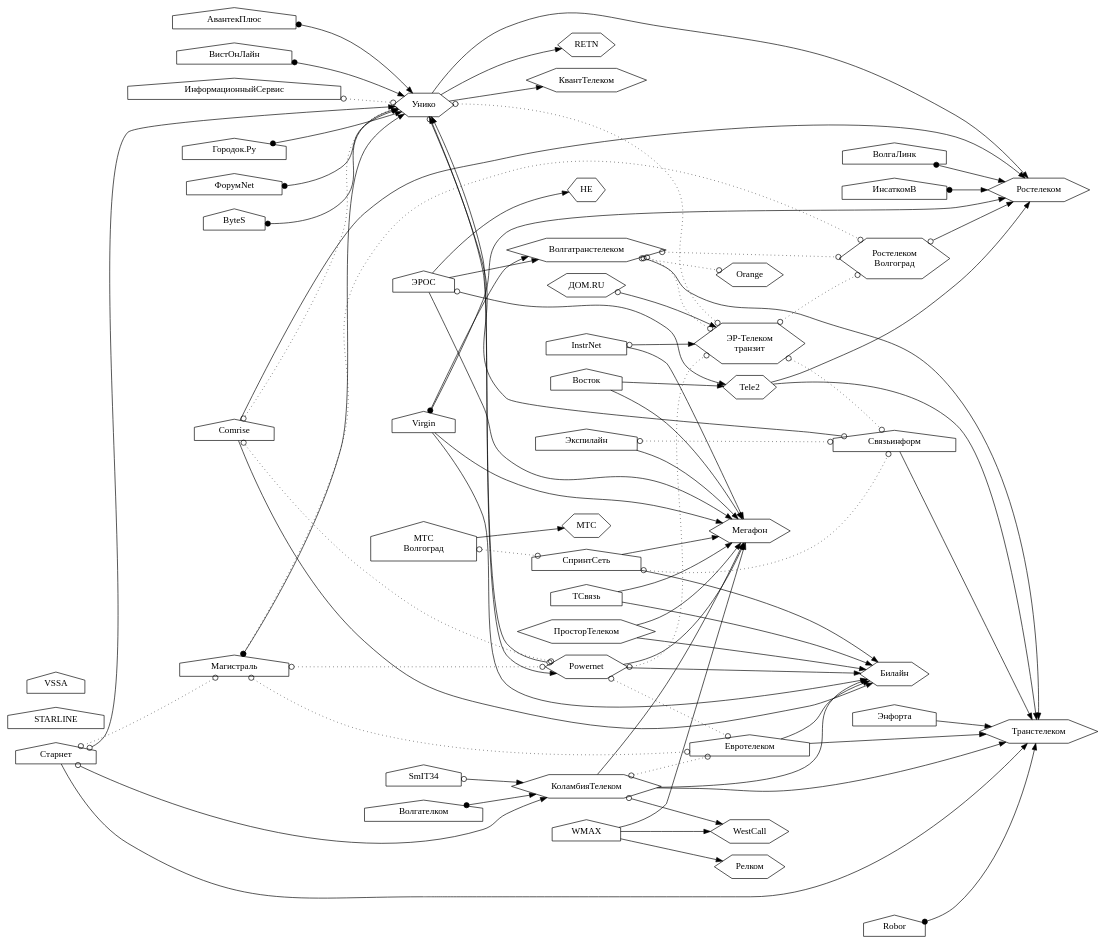
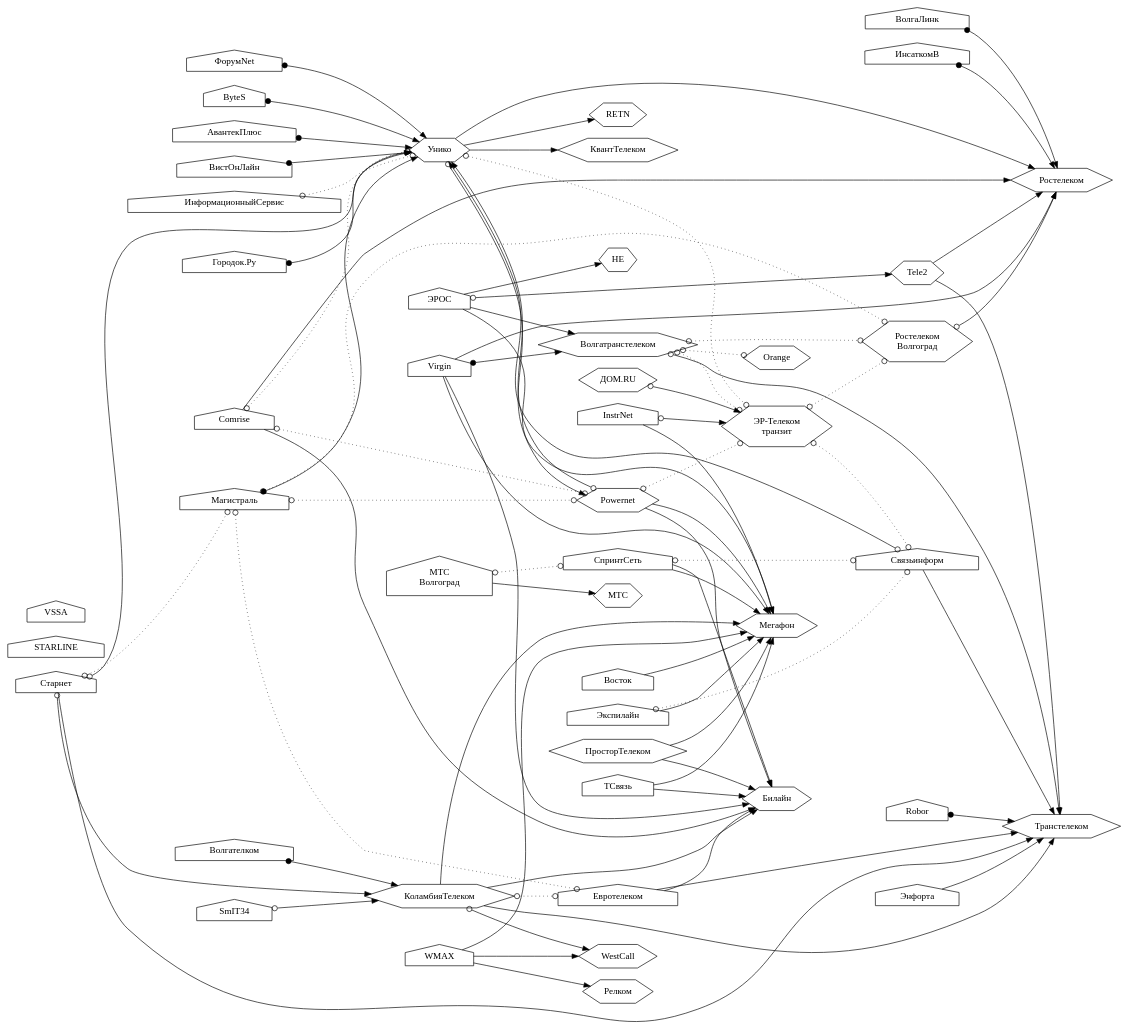
The diagram in docs/links/links.dot (Urlandi/elsv-v.ru), drawn with Graphviz before and after one commit. The commit also changed 3 other files, not shown here.

```diff
--- a/docs/links/links.dot
+++ b/docs/links/links.dot
@@ -1,189 +1,187 @@
 digraph ispgraph {
 
 rankdir = LR;
 node [shape=house;];
 
 Унико, ДомРу, ЭрТелеком, Транстелеком, Волгатранстелеком, Релком [shape=hexagon;];
 Мегафон, Вымпелком, КоламбияТелеком, Ростелеком, HE, КвантТелеком [shape=hexagon;];
 Tele2, МТС, ЮТК, Orange, ПросторТелеком, WestCall, Powernet, RETN [shape=hexagon;];
 
 ДомРу [label="ДОМ.RU"];
 ЭрТелеком [label="ЭР-Телеком\nтранзит"];
 МКС [label="МТС\nВолгоград"];
 ЮТК [label="Ростелеком\nВолгоград"];
 Вымпелком [label="Билайн"];
 ГородокТочкаРу [label="Городок.Ру"];
 
 subgraph backbone {/*Собственная опорная сеть*/
 Транстелеком;
 Мегафон;
 Вымпелком;
 Ростелеком;
 HE;
 МТС;
 Orange;
 ЭрТелеком;
 WestCall;
 };
 
 subgraph Ростелеком {/*Провайдеры члены Ростелеком*/
 Ростелеком;
 ЮТК;
 };
 
 subgraph ЭрТелекомХолдинг {/*ЭР-Телеком*/
 ДомРу;
 ЭрТелеком;
 };
 
 subgraph WestCall {/*Провайдеры члены WestCall*/
 WestCall;
 КоламбияТелеком;
 };
 
 {/*Отсутствует информация о подключении*/
 STARLINE;
 VSSA;
 };
 
 
 {/*Магистральные связи*/
 
 Связьинформ -> Транстелеком;
 
 Tele2 -> Ростелеком;
 Tele2 -> Транстелеком;
 
 СпринтСеть -> Вымпелком;
 СпринтСеть -> Мегафон;
 
 Старнет -> Транстелеком;
 
 Экспилайн -> Мегафон;
 
 ЭРОС -> Волгатранстелеком;
 ЭРОС -> HE;
 ЭРОС -> Мегафон;
 
 Comrise -> Ростелеком;
 Comrise -> Вымпелком;
 
 МКС -> МТС;
 
 Powernet -> Мегафон;
 Powernet -> Вымпелком;
 
 Евротелеком -> Транстелеком;
 Евротелеком -> Вымпелком;
 
 КоламбияТелеком -> Транстелеком;
 КоламбияТелеком -> Вымпелком;
 КоламбияТелеком -> Мегафон;
 
 Virgin -> Вымпелком;
 Virgin -> Мегафон;
 Virgin -> Ростелеком;
 
 Унико -> Ростелеком;
 Унико -> RETN;
 Унико -> КвантТелеком;
 
 Энфорта -> Транстелеком;
 
 ПросторТелеком -> Вымпелком;
 ПросторТелеком -> Мегафон;
 
 WMAX -> Мегафон;
 WMAX -> WestCall;
 WMAX -> Релком;
 
 InstrNet -> Мегафон;
 
 ТСвязь -> Мегафон;
 ТСвязь -> Вымпелком;
 
 Восток -> Мегафон;
-Восток -> Tele2;
 
 {/*Пиринг с магистральным оператором*/
 edge [dir=both; arrowtail=odot;];
 
 Связьинформ -> Унико;
 
 Старнет -> КоламбияТелеком;
 Старнет -> Унико;
 
 ЭРОС -> Tele2;
 
 Powernet -> Унико;
 Унико -> Powernet;
 
 ЮТК -> Ростелеком;
 
 Волгатранстелеком -> Транстелеком;
 
 ДомРу -> ЭрТелеком;
 
 InstrNet -> ЭрТелеком;
 
 КоламбияТелеком -> WestCall;
 
 SmIT34 -> КоламбияТелеком;
 
 };
 
 {/*Маршрутизация на оборудовании магистрального оператора*/
 edge [dir=both; arrowtail=dot;];
 
 ВолгаЛинк -> Ростелеком;
 Волгателком -> КоламбияТелеком;
 ИнсаткомВ -> Ростелеком;
 Магистраль -> Унико;
 ГородокТочкаРу -> Унико;
 ФорумNet -> Унико;
 ByteS -> Унико;
 АвантекПлюс -> Унико;
 Robor -> Транстелеком;
 Virgin -> Волгатранстелеком;
 ВистОнЛайн -> Унико;
 };
 
 };
 
 {/*Пиринг*/
 
 edge [dir=both; arrowhead=odot; arrowtail=odot; style=dotted;];
 
 СпринтСеть -> Связьинформ;
 МКС -> СпринтСеть;
 
 Старнет -> Магистраль;
 
 Экспилайн -> Связьинформ;
 
 Comrise -> Унико;
 Comrise -> Powernet;
 
 Powernet -> ЭрТелеком;
-Powernet -> Евротелеком;
 
 КоламбияТелеком -> Евротелеком;
 
 Магистраль -> Powernet;
 Магистраль -> ЮТК;
 Магистраль -> Евротелеком;
 
 Унико -> ЭрТелеком;
 
 ИнформационныйСервис -> Унико;
 
 Волгатранстелеком -> ЮТК;
 Волгатранстелеком -> ЭрТелеком;
 Волгатранстелеком -> Orange;
 
 ЭрТелеком -> ЮТК;
 ЭрТелеком -> Связьинформ;
 
 };
 
 }
```
